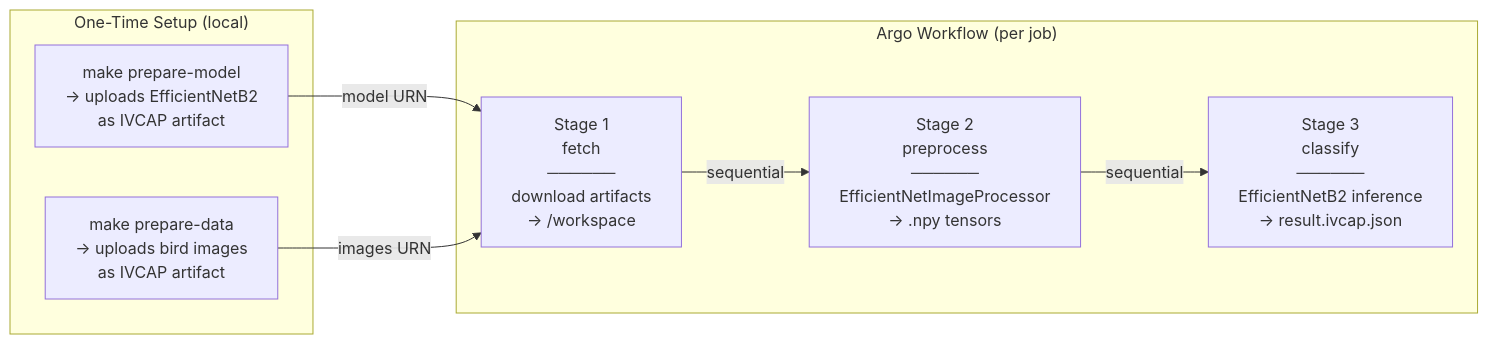
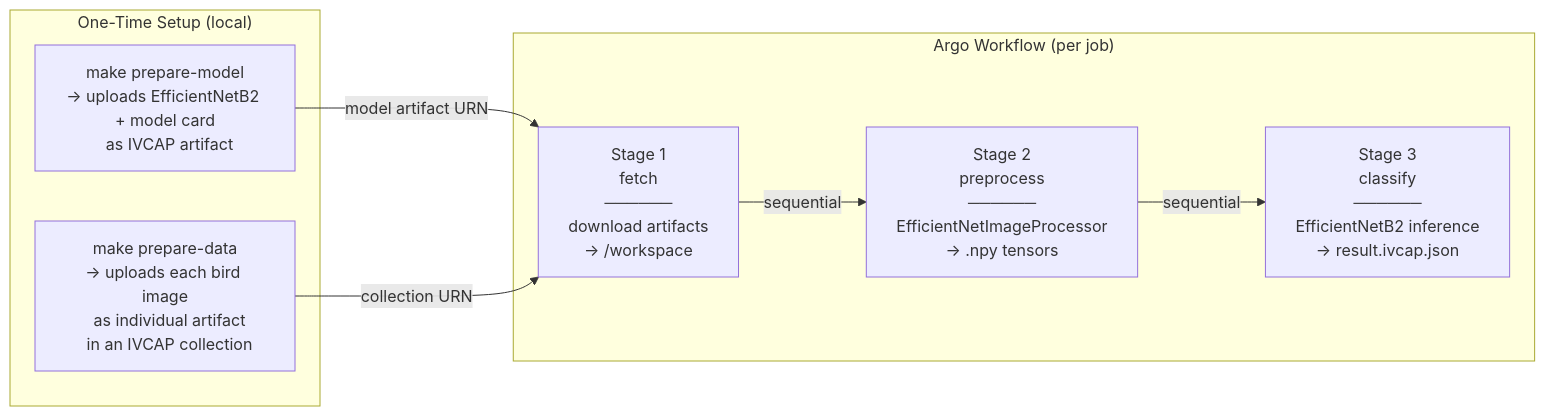
One commit to ivcap-works/ivcap-argo-example changed the diagram in README.md. Above: the diagram before and after it, drawn with Mermaid. The commit also changed other lines of this file and 3 other files, not shown here.

````diff
--- a/README.md
+++ b/README.md
@@ -35,18 +35,18 @@
 ```mermaid
 flowchart LR
     subgraph Setup["One-Time Setup (local)"]
-        PM["make prepare-model\n→ uploads EfficientNetB2\n  as IVCAP artifact"]
-        PD["make prepare-data\n→ uploads bird images\n  as IVCAP artifact"]
+        PM["make prepare-model\n→ uploads EfficientNetB2 + model card\n  as IVCAP artifact"]
+        PD["make prepare-data\n→ uploads each bird image\n  as individual artifact\n  in an IVCAP collection"]
     end
 
     subgraph Pipeline["Argo Workflow (per job)"]
         S1["Stage 1\nfetch\n──────\ndownload artifacts\n→ /workspace"]
         S2["Stage 2\npreprocess\n──────\nEfficientNetImageProcessor\n→ .npy tensors"]
         S3["Stage 3\nclassify\n──────\nEfficientNetB2 inference\n→ result.ivcap.json"]
     end
 
-    PM -->|model URN| S1
-    PD -->|images URN| S1
+    PM -->|model artifact URN| S1
+    PD -->|collection URN| S1
     S1 -->|sequential| S2
     S2 -->|sequential| S3
 ```
````
